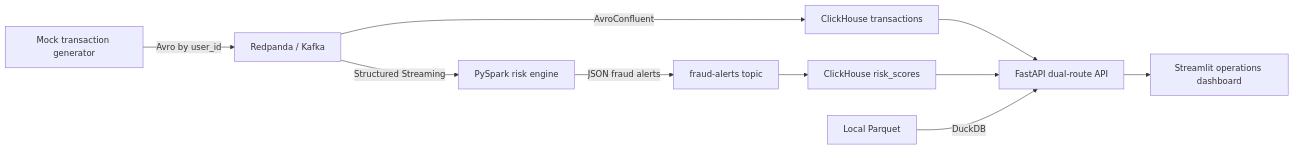
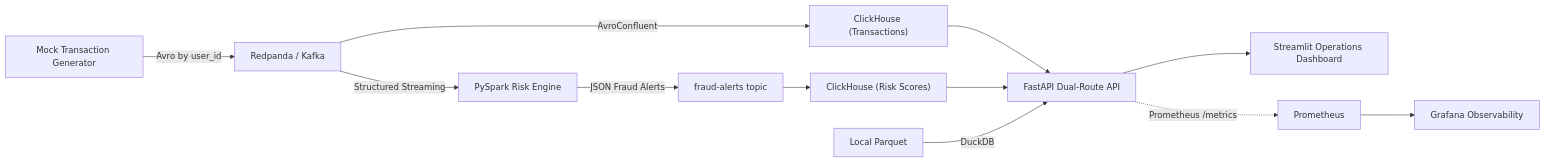
Before and after one commit to mahinigam/disvent: the diagram in README.md, drawn with Mermaid. The commit also changed other lines of this file, not shown here.

Commit message:
docs: Update README with Phase 3 architecture and capabilities

````diff
--- a/README.md
+++ b/README.md
@@ -7,12 +9,14 @@
 ```mermaid
 flowchart LR
-    generator["Mock transaction generator"] -->|Avro by user_id| redpanda["Redpanda / Kafka"]
-    redpanda -->|AvroConfluent| clickhouse["ClickHouse transactions"]
-    redpanda -->|Structured Streaming| spark["PySpark risk engine"]
-    spark -->|JSON fraud alerts| alerts["fraud-alerts topic"]
-    alerts --> clickhouseRisk["ClickHouse risk_scores"]
-    clickhouse --> api["FastAPI dual-route API"]
+    generator["Mock Transaction Generator"] -->|Avro by user_id| redpanda["Redpanda / Kafka"]
+    redpanda -->|AvroConfluent| clickhouse["ClickHouse (Transactions)"]
+    redpanda -->|Structured Streaming| spark["PySpark Risk Engine"]
+    spark -->|JSON Fraud Alerts| alerts["fraud-alerts topic"]
+    alerts --> clickhouseRisk["ClickHouse (Risk Scores)"]
+    clickhouse --> api["FastAPI Dual-Route API"]
     clickhouseRisk --> api
     parquet["Local Parquet"] -->|DuckDB| api
-    api --> dashboard["Streamlit operations dashboard"]
+    api --> dashboard["Streamlit Operations Dashboard"]
+    api -.->|Prometheus /metrics| prometheus["Prometheus"]
+    prometheus --> grafana["Grafana Observability"]
 ```
````
